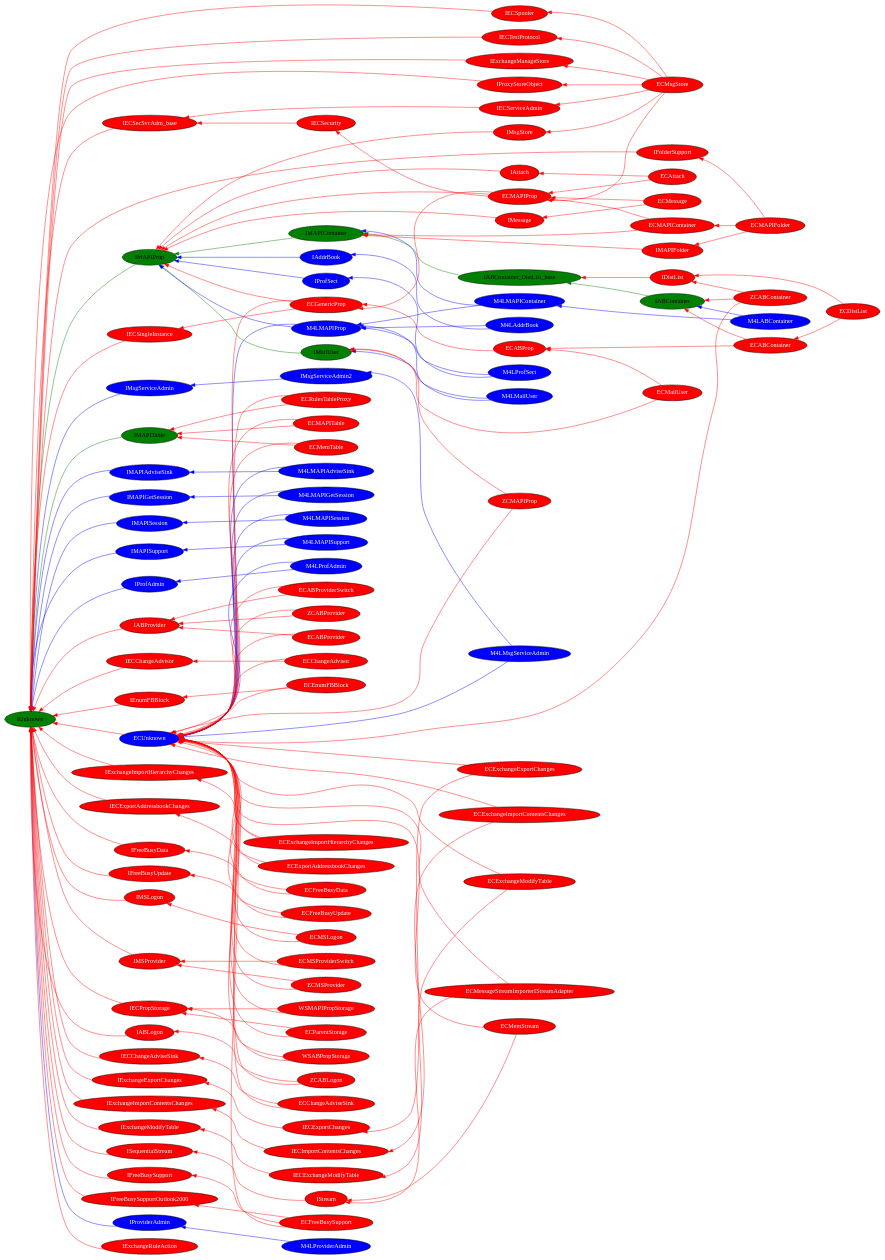
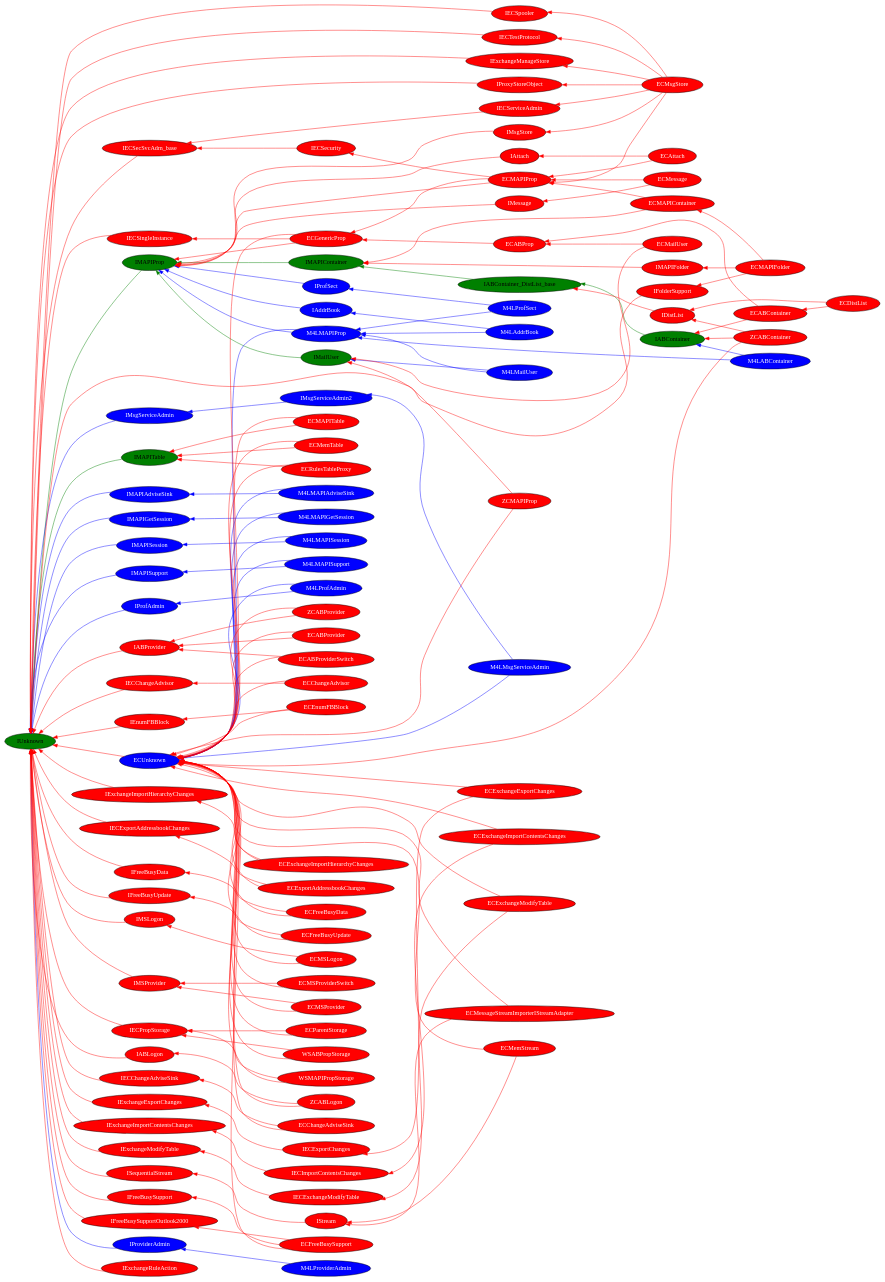
Before and after one commit to Kopano-dev/kopano-core: the diagram in doc/classes.gv, drawn with Graphviz. The commit also changed 2 other files, not shown here.

Commit message:
mapi4linux: merge M4LMAPIContainer into M4LABContainer
M4LABContainer is the only user of M4LMAPIContainer, so obsolete
M4LMAPIContainer.

References: KC-1789

```diff
--- a/doc/classes.gv
+++ b/doc/classes.gv
@@ -1,181 +1,179 @@
 /* Interface classes used in provider/client/ */
 digraph {
 	rankdir=RL;
 	node [style=filled,fillcolor=green];
 	edge [color="#008000"];
 	IABContainer -> IABContainer_DistList_base;
 	IABContainer_DistList_base -> IMAPIContainer;
 	IMAPIContainer -> IMAPIProp;
 	IMAPIProp -> IUnknown;
 	IMAPITable -> IUnknown;
 	IMailUser -> IMAPIProp;
 	IUnknown;
 
 	node [fillcolor=blue,fontcolor=white];
 	edge [color=blue];
 	IAddrBook -> IMAPIProp;
 	IMAPIAdviseSink -> IUnknown;
 	IMAPIGetSession -> IUnknown;
 	IMAPISession -> IUnknown;
 	IMAPISupport -> IUnknown;
 	IMsgServiceAdmin -> IUnknown;
 	IMsgServiceAdmin2 -> IMsgServiceAdmin;
 	IProfAdmin -> IUnknown;
 	IProfSect -> IMAPIProp;
 	IProviderAdmin -> IUnknown;
 	M4LABContainer -> IABContainer;
-	M4LABContainer -> M4LMAPIContainer;
+	M4LABContainer -> M4LMAPIProp;
 	M4LAddrBook -> IAddrBook;
 	M4LAddrBook -> M4LMAPIProp;
 	M4LMAPIAdviseSink -> IMAPIAdviseSink;
 	M4LMAPIAdviseSink -> ECUnknown;
-	M4LMAPIContainer -> IMAPIContainer;
-	M4LMAPIContainer -> M4LMAPIProp;
 	M4LMAPIGetSession -> IMAPIGetSession;
 	M4LMAPIGetSession -> ECUnknown;
 	M4LMAPIProp -> ECUnknown;
 	M4LMAPIProp -> IMAPIProp;
 	M4LMAPISession -> IMAPISession;
 	M4LMAPISession -> ECUnknown;
 	M4LMAPISupport -> IMAPISupport;
 	M4LMAPISupport -> ECUnknown;
 	M4LMailUser -> IMailUser;
 	M4LMailUser -> M4LMAPIProp;
 	M4LMsgServiceAdmin -> IMsgServiceAdmin2;
 	M4LMsgServiceAdmin -> ECUnknown;
 	M4LProfAdmin -> IProfAdmin;
 	M4LProfAdmin -> ECUnknown;
 	M4LProfSect -> IProfSect;
 	M4LProfSect -> M4LMAPIProp;
 	M4LProviderAdmin -> IProviderAdmin;
 
 	node [fillcolor=red,fontcolor=white];
 	edge [color=red];
 	ECABContainer -> ECABProp;
 	ECABContainer -> IABContainer;
 	ECABProp -> ECGenericProp;
 	ECABProvider -> ECUnknown;
 	ECABProvider -> IABProvider;
 	ECABProviderSwitch -> ECUnknown;
 	ECABProviderSwitch -> IABProvider;
 	ECAttach -> ECMAPIProp;
 	ECAttach -> IAttach;
 	ECChangeAdvisor -> ECUnknown;
 	ECChangeAdvisor -> IECChangeAdvisor;
 	ECDistList -> ECABContainer;
 	ECDistList -> IDistList;
 	ECEnumFBBlock -> ECUnknown;
 	ECEnumFBBlock -> IEnumFBBlock;
 	ECExchangeExportChanges -> ECUnknown;
 	ECExchangeExportChanges -> IECExportChanges;
 	ECExchangeImportContentsChanges -> ECUnknown;
 	ECExchangeImportContentsChanges -> IECImportContentsChanges;
 	ECExchangeImportHierarchyChanges -> ECUnknown;
 	ECExchangeImportHierarchyChanges -> IExchangeImportHierarchyChanges;
 	ECExchangeModifyTable -> ECUnknown;
 	ECExchangeModifyTable -> IECExchangeModifyTable;
 	ECExportAddressbookChanges -> ECUnknown;
 	ECExportAddressbookChanges -> IECExportAddressbookChanges;
 	ECFreeBusyData -> ECUnknown;
 	ECFreeBusyData -> IFreeBusyData;
 	ECFreeBusySupport -> ECUnknown;
 	ECFreeBusySupport -> IFreeBusySupport;
 	ECFreeBusySupport -> IFreeBusySupportOutlook2000;
 	ECFreeBusyUpdate -> ECUnknown;
 	ECFreeBusyUpdate -> IFreeBusyUpdate;
 	ECGenericProp -> ECUnknown;
 	ECGenericProp -> IECSingleInstance;
 	ECGenericProp -> IMAPIProp;
 	ECMAPIContainer -> ECMAPIProp;
 	ECMAPIContainer -> IMAPIContainer;
 	ECMAPIFolder -> ECMAPIContainer;
 	ECMAPIFolder -> IFolderSupport;
 	ECMAPIFolder -> IMAPIFolder;
 	ECMAPIProp -> ECGenericProp;
 	ECMAPIProp -> IECSecurity;
 	ECMAPIProp -> IMAPIProp;
 	ECMAPITable -> ECUnknown;
 	ECMAPITable -> IMAPITable;
 	ECMSLogon -> ECUnknown;
 	ECMSLogon -> IMSLogon;
 	ECMSProvider -> ECUnknown;
 	ECMSProvider -> IMSProvider;
 	ECMSProviderSwitch -> ECUnknown;
 	ECMSProviderSwitch -> IMSProvider;
 	ECMailUser -> ECABProp;
 	ECMailUser -> IMailUser;
 	ECMemStream -> ECUnknown;
 	ECMemStream -> IStream;
 	ECMemTable -> ECUnknown;
 	ECMemTable -> IMAPITable;
 	ECMessage -> ECMAPIProp;
 	ECMessage -> IMessage;
 	ECMessageStreamImporterIStreamAdapter -> ECUnknown;
 	ECMessageStreamImporterIStreamAdapter -> IStream;
 	ECMsgStore -> ECMAPIProp;
 	ECMsgStore -> IECServiceAdmin;
 	ECMsgStore -> IECSpooler;
 	ECMsgStore -> IECTestProtocol;
 	ECMsgStore -> IExchangeManageStore;
 	ECMsgStore -> IMsgStore;
 	ECMsgStore -> IProxyStoreObject;
 	ECParentStorage -> ECUnknown;
 	ECParentStorage -> IECPropStorage;
 	ECRulesTableProxy -> ECUnknown;
 	ECRulesTableProxy -> IMAPITable;
 	ECUnknown -> IUnknown;
 	IABProvider -> IUnknown;
 	IAttach -> IMAPIProp;
 	IDistList -> IABContainer_DistList_base;
 	IECChangeAdvisor -> IUnknown;
 	IECExchangeModifyTable -> IExchangeModifyTable;
 	IECExportAddressbookChanges -> IUnknown;
 	IECExportChanges -> IExchangeExportChanges;
 	IECImportContentsChanges -> IExchangeImportContentsChanges;
 	IECPropStorage -> IUnknown;
 	IECSecSvcAdm_base -> IUnknown;
 	IECSecurity -> IECSecSvcAdm_base;
 	IECServiceAdmin -> IECSecSvcAdm_base;
 	IECSingleInstance -> IUnknown;
 	IECSpooler -> IUnknown;
 	IECTestProtocol -> IUnknown;
 	IEnumFBBlock -> IUnknown;
 	IExchangeExportChanges -> IUnknown;
 	IExchangeImportContentsChanges -> IUnknown;
 	IExchangeImportHierarchyChanges -> IUnknown;
 	IExchangeManageStore -> IUnknown;
 	IExchangeModifyTable -> IUnknown;
 	IExchangeRuleAction -> IUnknown;
 	IFolderSupport -> IUnknown;
 	IFreeBusyData -> IUnknown;
 	IFreeBusySupport -> IUnknown;
 	IFreeBusySupportOutlook2000 -> IUnknown;
 	IFreeBusyUpdate -> IUnknown;
 	IMAPIFolder -> IMAPIContainer;
 	IMSLogon -> IUnknown;
 	IMSProvider -> IUnknown;
 	IMessage -> IMAPIProp;
 	IMsgStore -> IMAPIProp;
 	IProxyStoreObject -> IUnknown;
 	ISequentialStream -> IUnknown;
 	IStream -> ISequentialStream;
 	WSABPropStorage -> ECUnknown;
 	WSABPropStorage -> IECPropStorage;
 	WSMAPIPropStorage -> ECUnknown;
 	WSMAPIPropStorage -> IECPropStorage;
 
 	IABLogon -> IUnknown;
 	ZCABContainer -> ECUnknown;
 	ZCABContainer -> IABContainer;
 	ZCABContainer -> IDistList;
 	ZCABLogon -> ECUnknown;
 	ZCABLogon -> IABLogon;
 	ZCABProvider -> ECUnknown;
 	ZCABProvider -> IABProvider;
 	ZCMAPIProp -> ECUnknown;
 	ZCMAPIProp -> IMailUser;
 
 	ECChangeAdviseSink -> ECUnknown;
 	ECChangeAdviseSink -> IECChangeAdviseSink;
 	IECChangeAdviseSink -> IUnknown;
 }
```
